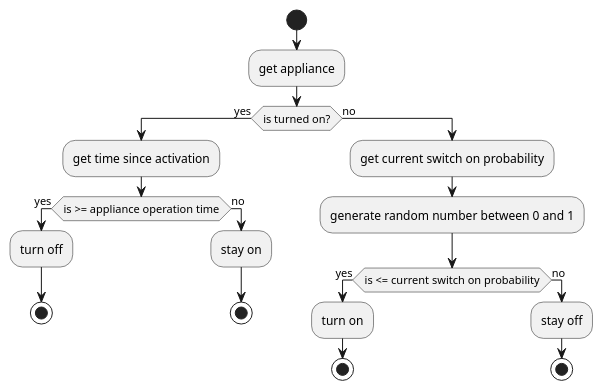
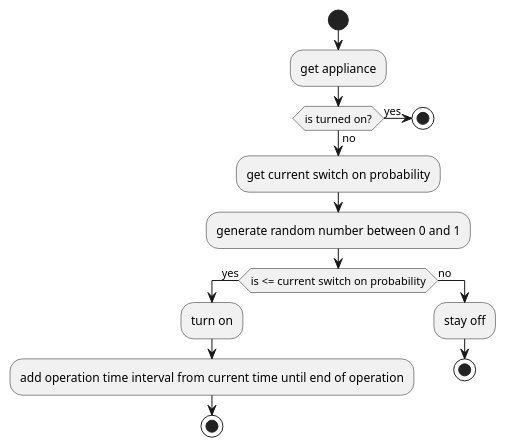
One commit to ie3-institute/MarkovsHousehold changed the diagram in docs/puml/monte_carlo/appliance_state.puml. Above: the diagram before and after it, drawn with PlantUML. The commit also changed 2 other files, not shown here.

Commit message:
update diagram

```diff
--- a/docs/puml/monte_carlo/appliance_state.puml
+++ b/docs/puml/monte_carlo/appliance_state.puml
@@ -1,25 +1,18 @@
 @startuml
 'https://plantuml.com/activity-diagram-beta
 
 start
 :get appliance;
 if (is turned on?) then (yes)
- :get time since activation;
- if (is >= appliance operation time) then (yes)
-    :turn off;
-    stop
- else (no)
-    :stay on;
-    stop
- endif
-
+ stop
 else (no)
 :get current switch on probability;
 :generate random number between 0 and 1;
   if (is <= current switch on probability) then (yes)
   :turn on;
+  :add operation time interval from current time until end of operation;
   stop
   else (no)
   :stay off;
 stop
 @enduml
```
